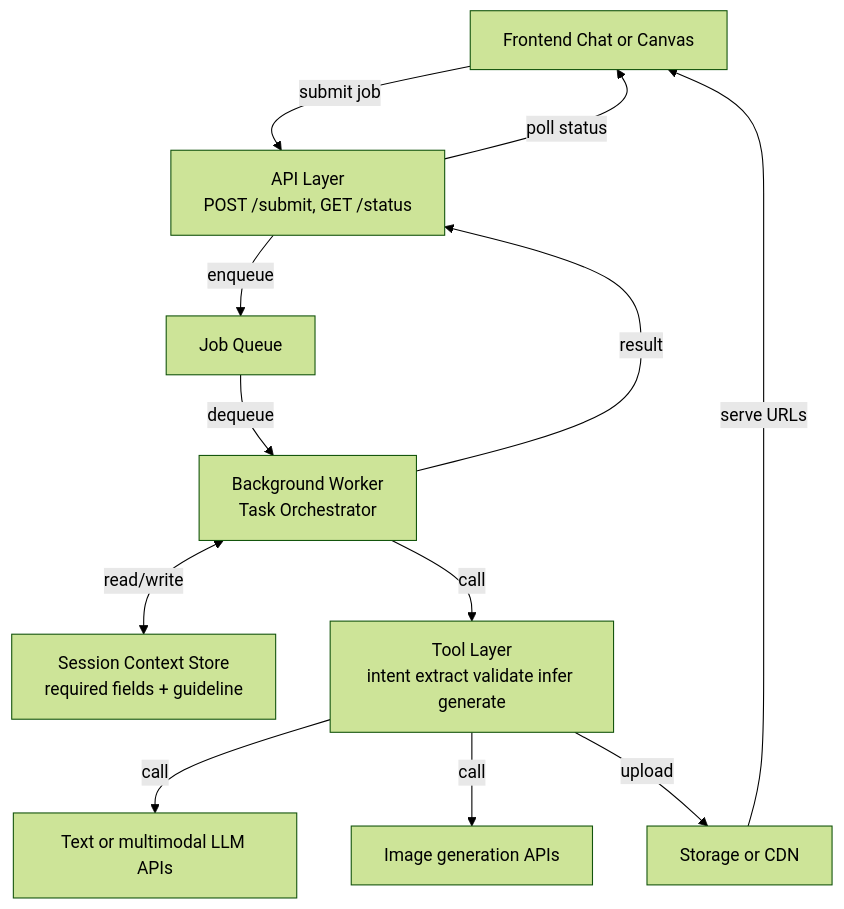
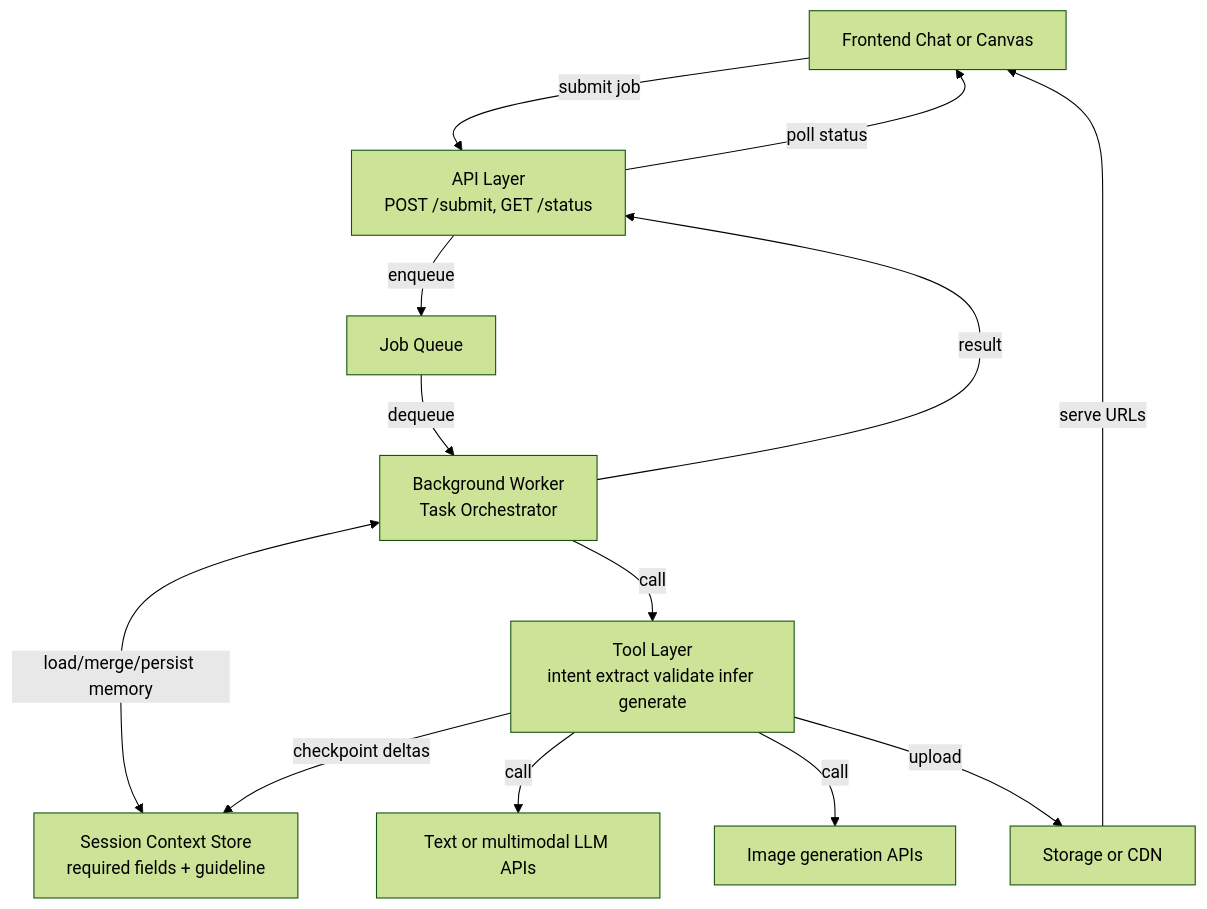
Before and after one commit to Ne4nf/Agent-Memory: the second of 6 diagrams in architecture.md, drawn with Mermaid (forest theme). The commit also changed other lines of this file, not shown here.

````diff
--- a/architecture.md
+++ b/architecture.md
@@ -107,24 +99,25 @@
 ```mermaid
 graph TB
     FE[Frontend Chat or Canvas]
     API["API Layer\nPOST /submit, GET /status"]
     QUEUE[Job Queue]
     WORKER[Background Worker\nTask Orchestrator]
     CTX["Session Context Store\nrequired fields + guideline"]
     TOOLBOX["Tool Layer\nintent extract validate infer generate"]
     LLM["Text or multimodal LLM APIs"]
     IMG["Image generation APIs"]
     STO["Storage or CDN"]
 
     FE -->|submit job| API
     API -->|enqueue| QUEUE
     QUEUE -->|dequeue| WORKER
-    WORKER <-->|read/write| CTX
+    WORKER <-->|load/merge/persist memory| CTX
     WORKER -->|call| TOOLBOX
     TOOLBOX -->|call| LLM
     TOOLBOX -->|call| IMG
     TOOLBOX -->|upload| STO
+    TOOLBOX -->|checkpoint deltas| CTX
     WORKER -->|result| API
     API -->|poll status| FE
     STO -->|serve URLs| FE
 ```
````
